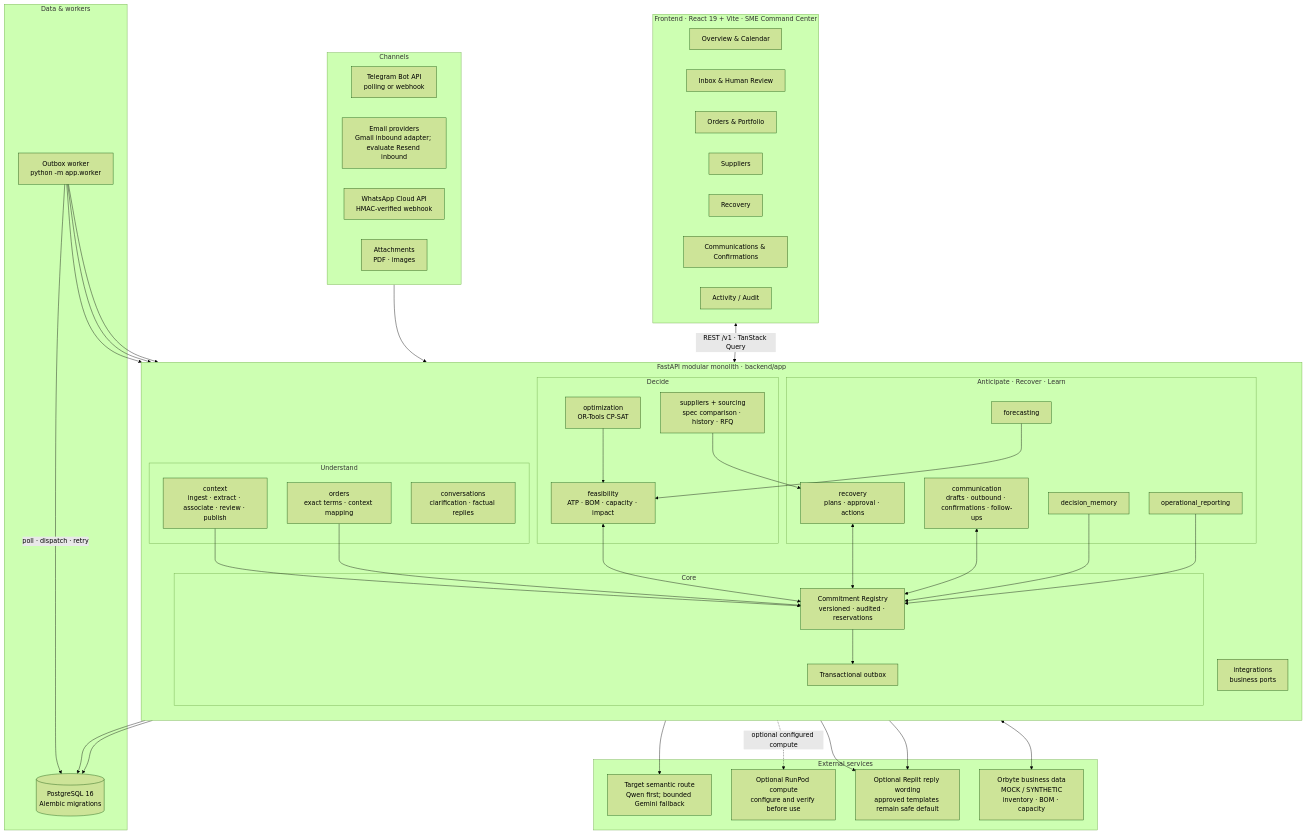
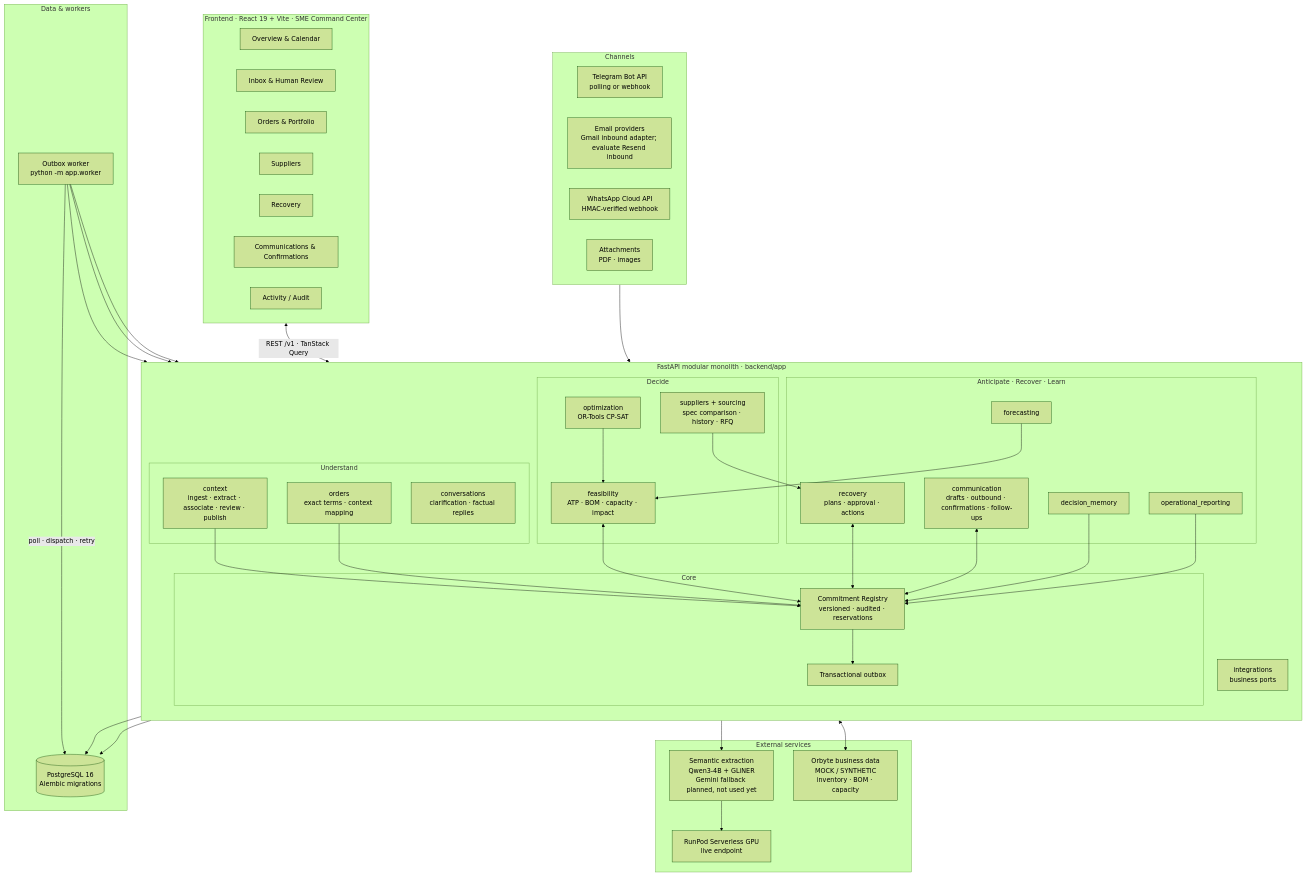
The third of 8 diagrams in README.md (jiahui-1101/MouManTAI), drawn with Mermaid (forest theme) before and after one commit. The commit also changed other lines of this file, not shown here.

```diff
--- a/README.md
+++ b/README.md
@@ -246,18 +249,15 @@
     end
 
     subgraph EXT["External services"]
-        LLM["Target semantic route<br/>Qwen first; bounded Gemini fallback"]
-        RP["Optional RunPod compute<br/>configure and verify before use"]
-        RAI["Optional Replit reply wording<br/>approved templates remain safe default"]
+        LLM["Semantic extraction<br/>Qwen3-4B + GLiNER<br/>Gemini fallback planned, not used yet"]
+        RP["RunPod Serverless GPU<br/>live endpoint"]
         ORB["Orbyte business data<br/>MOCK / SYNTHETIC<br/>inventory · BOM · capacity"]
     end
 
     CH --> CTX
     FE <-->|"REST /v1 · TanStack Query"| API
     CTX --> LLM
-    CTX -. optional configured compute .-> RP
-    CONV --> RAI
-    COMM --> RAI
+    LLM --> RP
     INTG <--> ORB
     CTX --> REG
     ORD --> REG
```
